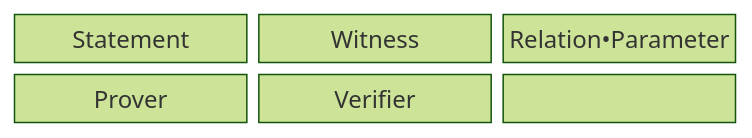
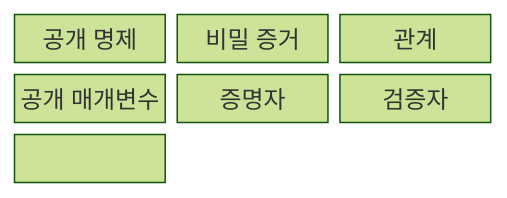
The first of 2 diagrams in src/content/docs/notes/08-latest-tech/222_zero_knowledge_proof.md (agnusdei1207/knowledge-base), drawn with Mermaid (forest theme) before and after one commit. The commit also changed other lines of this file and 6 other files, not shown here.

````diff
--- a/src/content/docs/notes/08-latest-tech/222_zero_knowledge_proof.md
+++ b/src/content/docs/notes/08-latest-tech/222_zero_knowledge_proof.md
@@ -66,11 +69,12 @@
 ```mermaid
 block-beta
   columns 3
-  N0["Statement"]
-  N1["Witness"]
-  N2["Relation•Parameter"]
-  N3["Prover"]
-  N4["Verifier"]
-  N0 --- N1 --- N2
-  N2 --- N3 --- N4
+  N0["공개 명제"]
+  N1["비밀 증거"]
+  N2["관계"]
+  N5["공개 매개변수"]
+  N3["증명자"]
+  N4["검증자"]
+  N0 --- N2 --- N1
+  N2 --- N5 --- N3 --- N4
 ```
````
